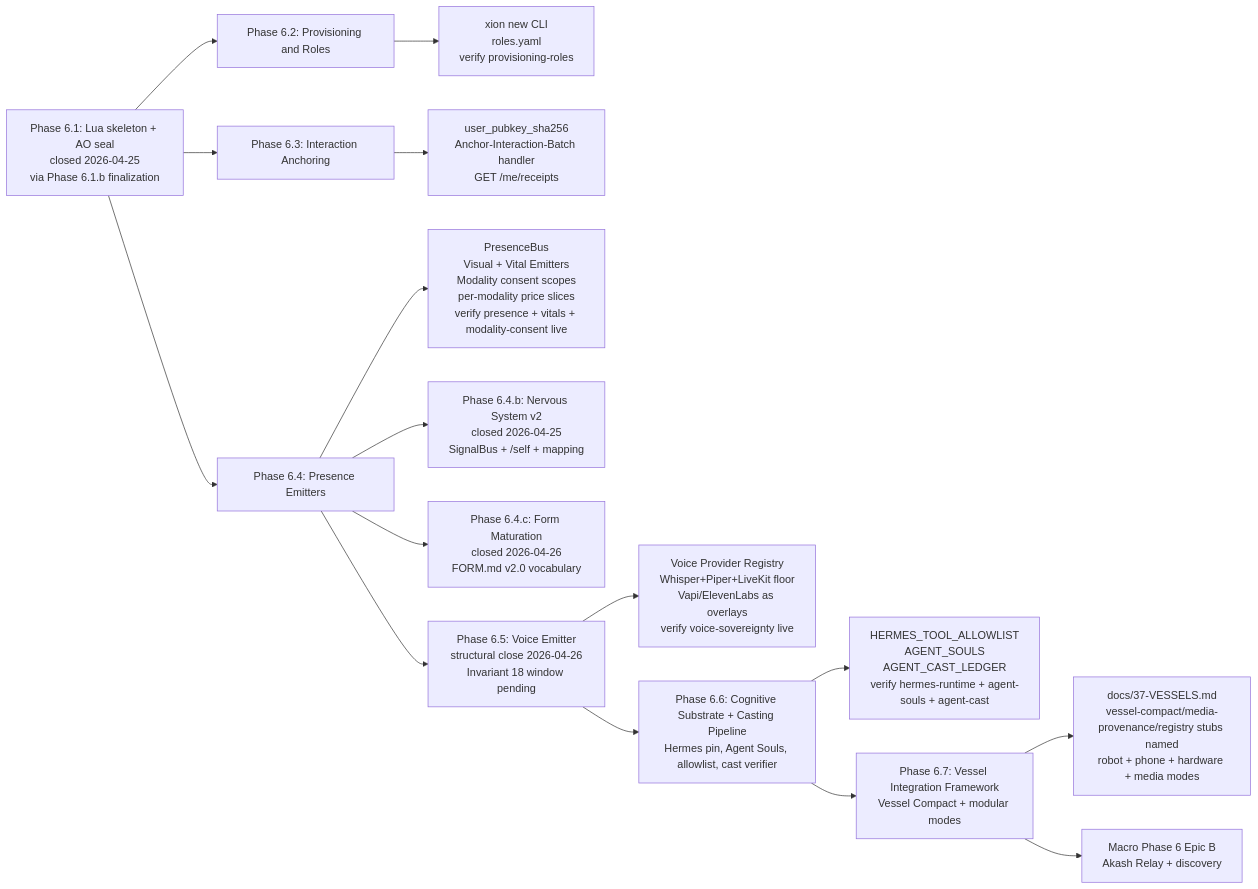
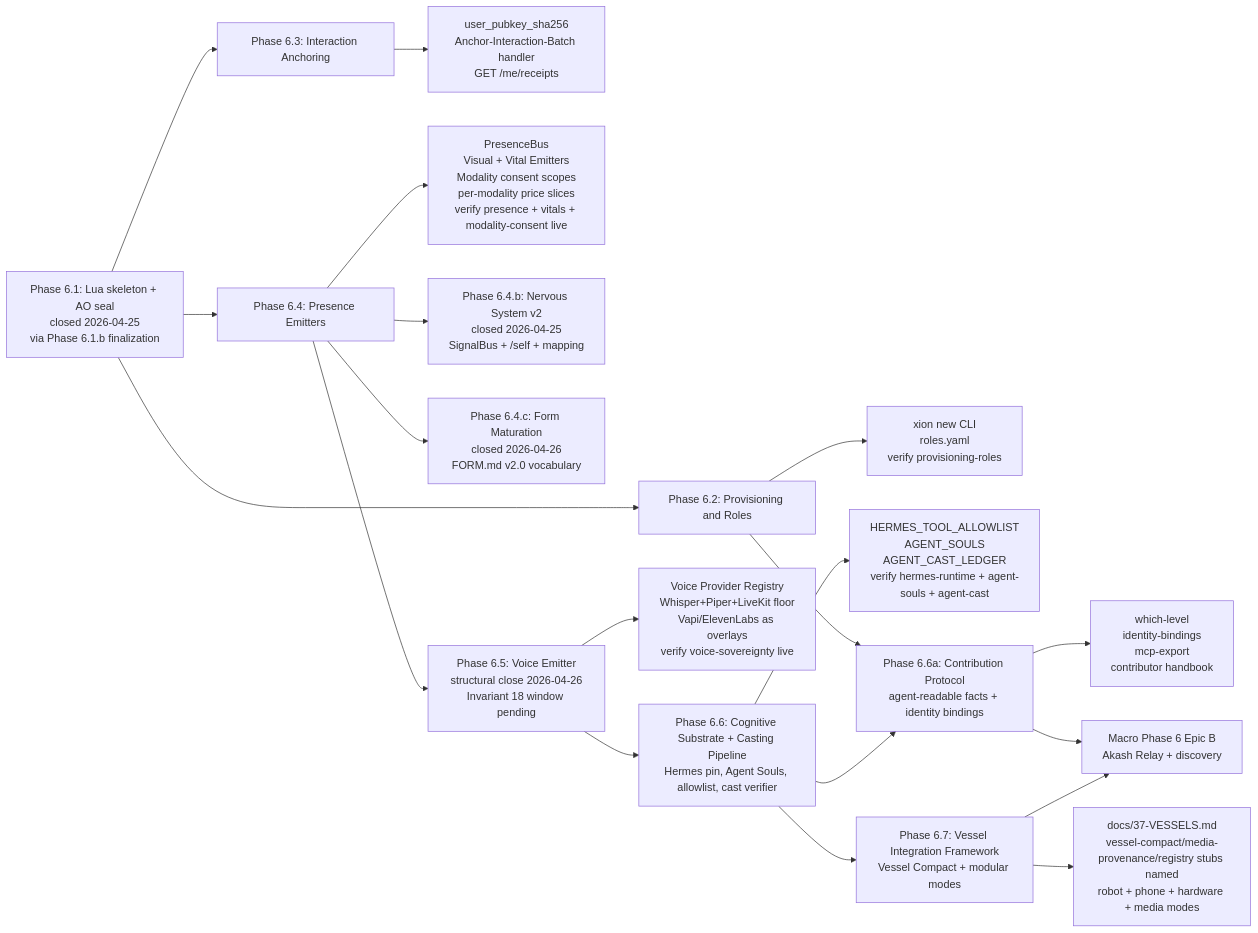
One commit to nik190799/xion changed the first of 2 diagrams in DEVELOPMENT_ROADMAP.md. Above: the diagram before and after it, drawn with Mermaid. The commit also changed other lines of this file and 52 other files, not shown here.

First line of the commit message:
feat(verify): Phase 6.6a Contribution Protocol — which-level, identity, MCP read-only

````diff
--- a/DEVELOPMENT_ROADMAP.md
+++ b/DEVELOPMENT_ROADMAP.md
@@ -28,18 +28,22 @@
 ```mermaid
 flowchart LR
   P6_1[Phase 6.1: Lua skeleton + AO seal<br/>closed 2026-04-25<br/>via Phase 6.1.b finalization] --> P6_2[Phase 6.2: Provisioning and Roles]
   P6_1 --> P6_3[Phase 6.3: Interaction Anchoring]
   P6_1 --> P6_4[Phase 6.4: Presence Emitters]
   P6_2 --> P6_2_done[xion new CLI<br/>roles.yaml<br/>verify provisioning-roles]
   P6_3 --> P6_3_done[user_pubkey_sha256<br/>Anchor-Interaction-Batch handler<br/>GET /me/receipts]
   P6_4 --> P6_4_done[PresenceBus<br/>Visual + Vital Emitters<br/>Modality consent scopes<br/>per-modality price slices<br/>verify presence + vitals + modality-consent live]
   P6_4 --> P6_4b[Phase 6.4.b: Nervous System v2<br/>closed 2026-04-25<br/>SignalBus + /self + mapping]
   P6_4 --> P6_4c[Phase 6.4.c: Form Maturation<br/>closed 2026-04-26<br/>FORM.md v2.0 vocabulary]
   P6_4 --> P6_5[Phase 6.5: Voice Emitter<br/>structural close 2026-04-26<br/>Invariant 18 window pending]
   P6_5 --> P6_5_done["Voice Provider Registry<br/>Whisper+Piper+LiveKit floor<br/>Vapi/ElevenLabs as overlays<br/>verify voice-sovereignty live"]
   P6_5 --> P6_6[Phase 6.6: Cognitive Substrate + Casting Pipeline<br/>Hermes pin, Agent Souls, allowlist, cast verifier]
   P6_6 --> P6_6_done["HERMES_TOOL_ALLOWLIST<br/>AGENT_SOULS<br/>AGENT_CAST_LEDGER<br/>verify hermes-runtime + agent-souls + agent-cast"]
+  P6_2 --> P6_6a[Phase 6.6a: Contribution Protocol<br/>agent-readable facts + identity bindings]
+  P6_6 --> P6_6a
+  P6_6a --> P6_6a_done["which-level<br/>identity-bindings<br/>mcp-export<br/>contributor handbook"]
   P6_6 --> P6_7[Phase 6.7: Vessel Integration Framework<br/>Vessel Compact + modular modes]
   P6_7 --> P6_7_done["docs/37-VESSELS.md<br/>vessel-compact/media-provenance/registry stubs named<br/>robot + phone + hardware + media modes"]
+  P6_6a --> MACRO_B
   P6_7 --> MACRO_B[Macro Phase 6 Epic B<br/>Akash Relay + discovery]
 ```
````
